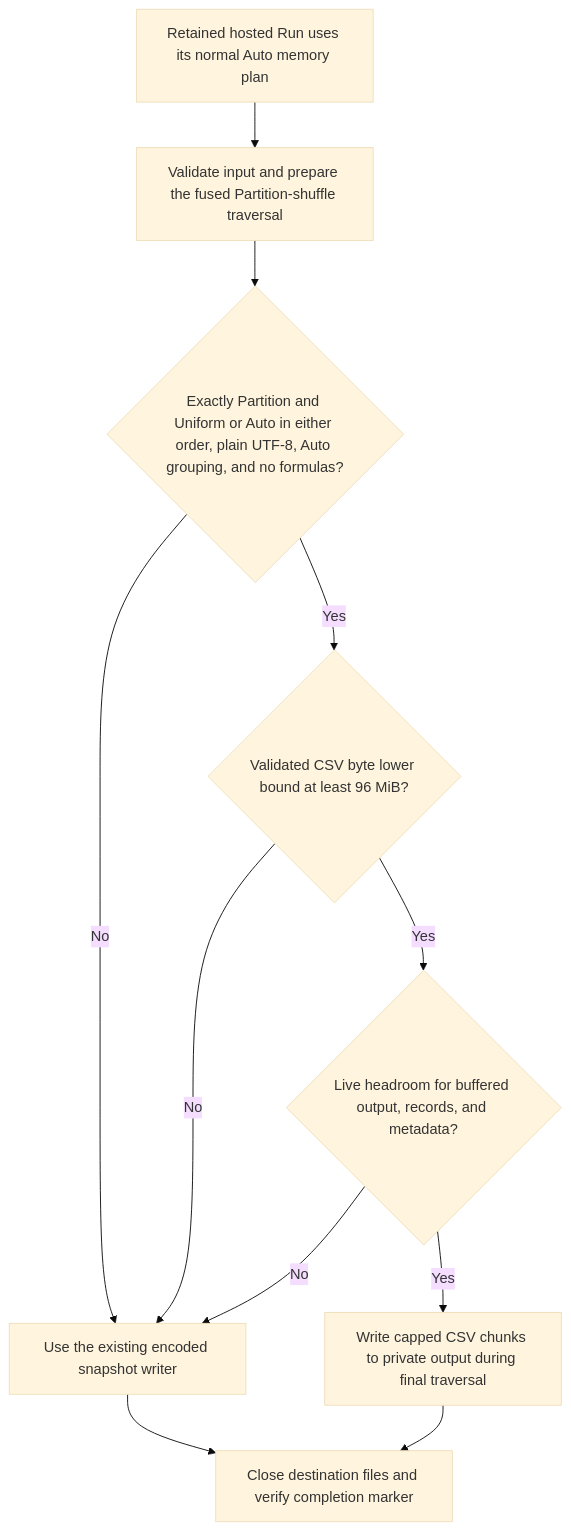
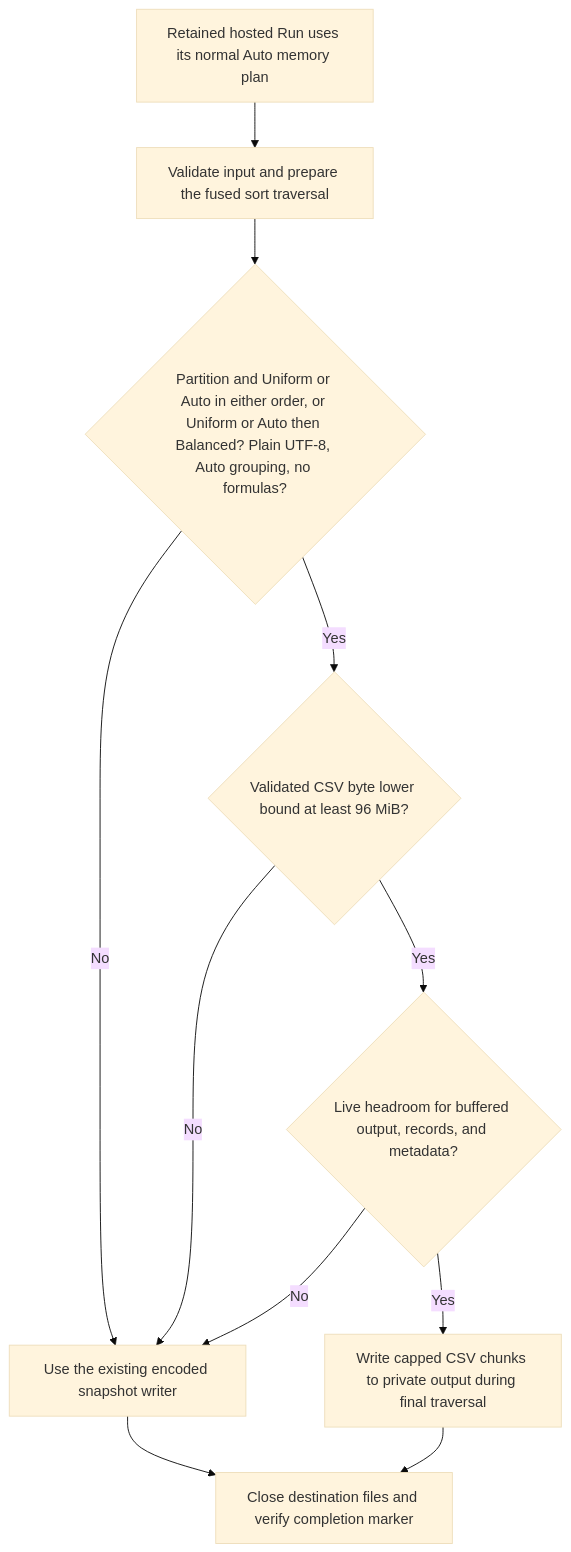
One commit to jsmatfess/chopper changed the third of 21 diagrams in docs/execution-decisions.md. Above: the diagram before and after it, drawn with Mermaid (base theme). The commit also changed other lines of this file and 45 other files, not shown here.

````diff
--- a/docs/execution-decisions.md
+++ b/docs/execution-decisions.md
@@ -149,13 +151,13 @@
 ```mermaid
 flowchart TD
-    Run[Retained hosted Run uses its normal Auto memory plan] --> Sort[Validate input and prepare the fused Partition-shuffle traversal]
-    Sort --> Eligible{Exactly Partition and Uniform or Auto in either order, plain UTF-8, Auto grouping, and no formulas?}
+    Run[Retained hosted Run uses its normal Auto memory plan] --> Sort[Validate input and prepare the fused sort traversal]
+    Sort --> Eligible{Partition and Uniform or Auto in either order, or Uniform or Auto then Balanced? Plain UTF-8, Auto grouping, no formulas?}
     Eligible -->|No| Snapshot[Use the existing encoded snapshot writer]
     Eligible -->|Yes| Size{Validated CSV byte lower bound at least 96 MiB?}
     Size -->|No| Snapshot
     Size -->|Yes| Headroom{Live headroom for buffered output, records, and metadata?}
     Headroom -->|No| Snapshot
     Headroom -->|Yes| Direct[Write capped CSV chunks to private output during final traversal]
     Snapshot --> Publish[Close destination files and verify completion marker]
     Direct --> Publish
 ```
````
